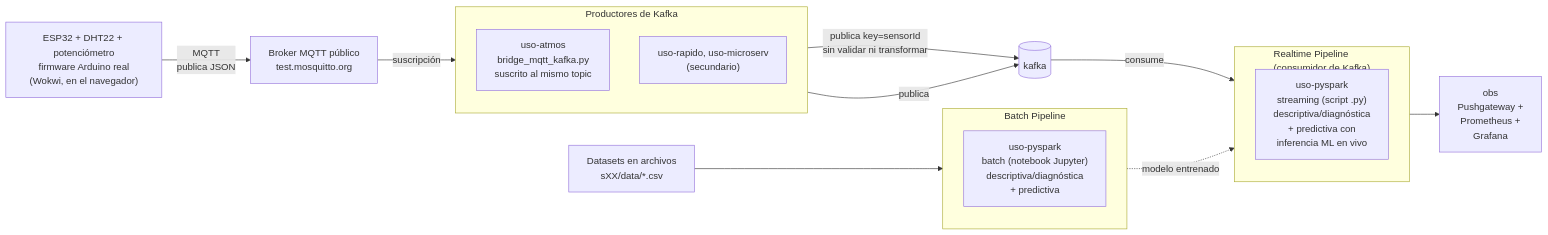
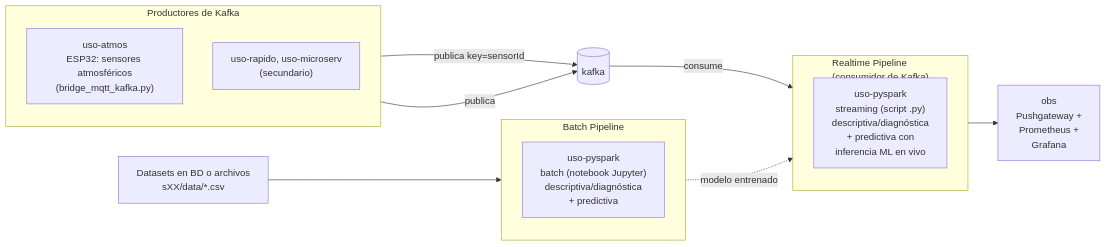
The first of 5 diagrams in docs/sesiones/S01_Arquitectura_Big_Data_Lambda_Kappa.md (262bigdata/lambda26), drawn with Mermaid before and after one commit. The commit also changed other lines of this file, not shown here.

````diff
--- a/docs/sesiones/S01_Arquitectura_Big_Data_Lambda_Kappa.md
+++ b/docs/sesiones/S01_Arquitectura_Big_Data_Lambda_Kappa.md
@@ -60,36 +60,31 @@
 ```mermaid
 flowchart LR
-    W["ESP32 + DHT22 + potenciómetro<br/>firmware Arduino real<br/>(Wokwi, en el navegador)"]
-    M["Broker MQTT público<br/>test.mosquitto.org"]
-
     subgraph Producers["Productores de Kafka"]
         direction TB
-        A3["uso-atmos<br/>bridge_mqtt_kafka.py<br/>suscrito al mismo topic"]
+        A3["uso-atmos<br/>ESP32: sensores atmosféricos<br/>(bridge_mqtt_kafka.py)"]
         P2["uso-rapido, uso-microserv<br/>(secundario)"]
     end
 
     K[("kafka")]
 
     subgraph RT["Realtime Pipeline<br/>(consumidor de Kafka)"]
         direction TB
         RT1["uso-pyspark<br/>streaming (script .py)<br/>descriptiva/diagnóstica<br/>+ predictiva con<br/>inferencia ML en vivo"]
     end
 
     subgraph BP["Batch Pipeline"]
         direction TB
         BP1["uso-pyspark<br/>batch (notebook Jupyter)<br/>descriptiva/diagnóstica<br/>+ predictiva"]
     end
 
     Grafana["obs<br/>Pushgateway +<br/>Prometheus +<br/>Grafana"]
 
-    D["Datasets en archivos<br/>sXX/data/*.csv"]
+    D["Datasets en BD o archivos<br/>sXX/data/*.csv"]
 
-    W -->|"MQTT<br/>publica JSON"| M
-    M -->|"suscripción"| A3
-    A3 -->|"publica key=sensorId<br/>sin validar ni transformar"| K
+    A3 -->|"publica key=sensorId"| K
     P2 -->|"publica"| K
     D --> BP1
     K -->|"consume"| RT
     RT1 --> Grafana
     BP1 -.->|"modelo entrenado"| RT1
 ```
````
